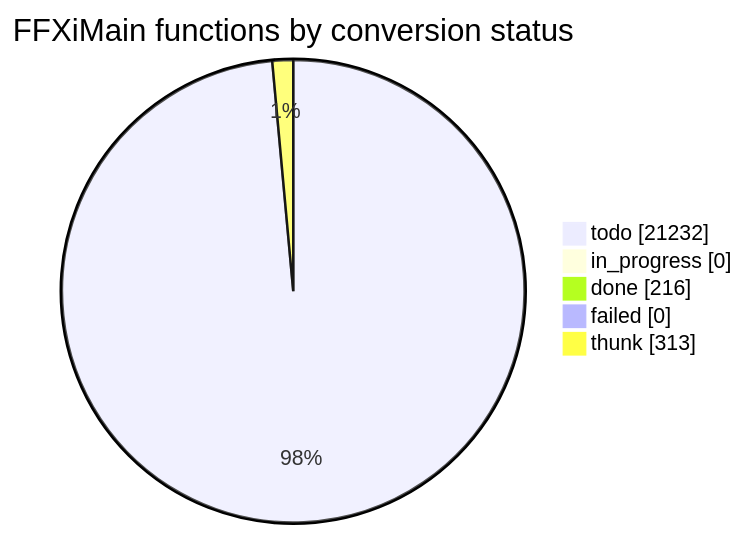
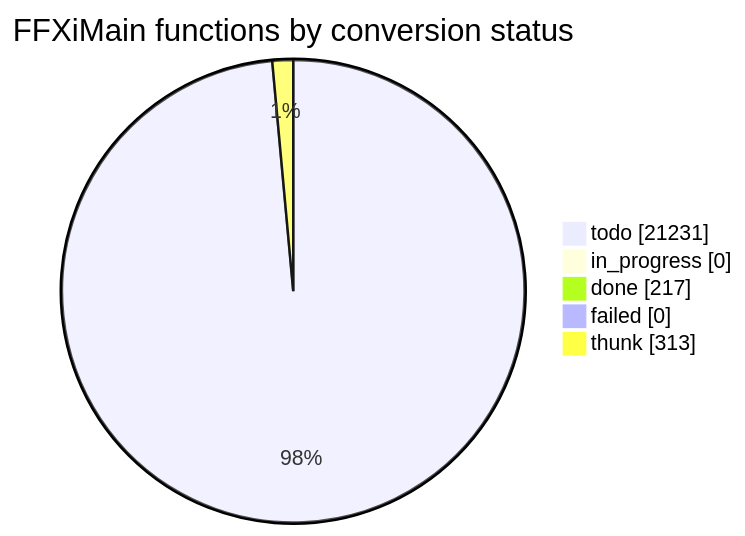
Before and after one commit to cowrevenge/cow_kuluu_xi_anything: the diagram in docs/cow/STATUS.md, drawn with Mermaid. The commit also changed other lines of this file and 9 other files, not shown here.

````diff
--- a/docs/cow/STATUS.md
+++ b/docs/cow/STATUS.md
@@ -18,9 +18,9 @@
 ```mermaid
 pie showData
     title FFXiMain functions by conversion status
-    "todo" : 21232
+    "todo" : 21231
     "in_progress" : 0
-    "done" : 216
+    "done" : 217
     "failed" : 0
     "thunk" : 313
 ```
````
